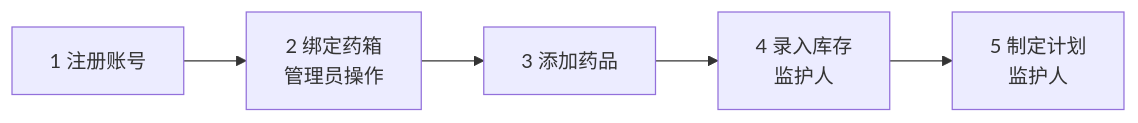
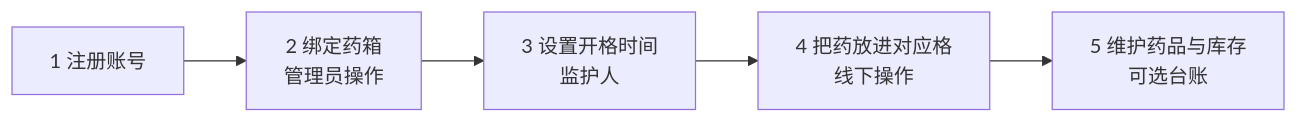
One commit to Louisyoung7/medbox changed the second of 5 diagrams in docs/产品使用说明.md. Above: the diagram before and after it, drawn with Mermaid. The commit also changed other lines of this file and 1 other file, not shown here.

````diff
--- a/docs/产品使用说明.md
+++ b/docs/产品使用说明.md
@@ -42,4 +58,4 @@
 ```mermaid
 flowchart LR
-  S1["1 注册账号"] --> S2["2 绑定药箱<br/>管理员操作"] --> S3["3 添加药品"] --> S4["4 录入库存<br/>监护人"] --> S5["5 制定计划<br/>监护人"]
+  S1["1 注册账号"] --> S2["2 绑定药箱<br/>管理员操作"] --> S3["3 设置开格时间<br/>监护人"] --> S4["4 把药放进对应格<br/>线下操作"] --> S5["5 维护药品与库存<br/>可选台账"]
 ```
````
